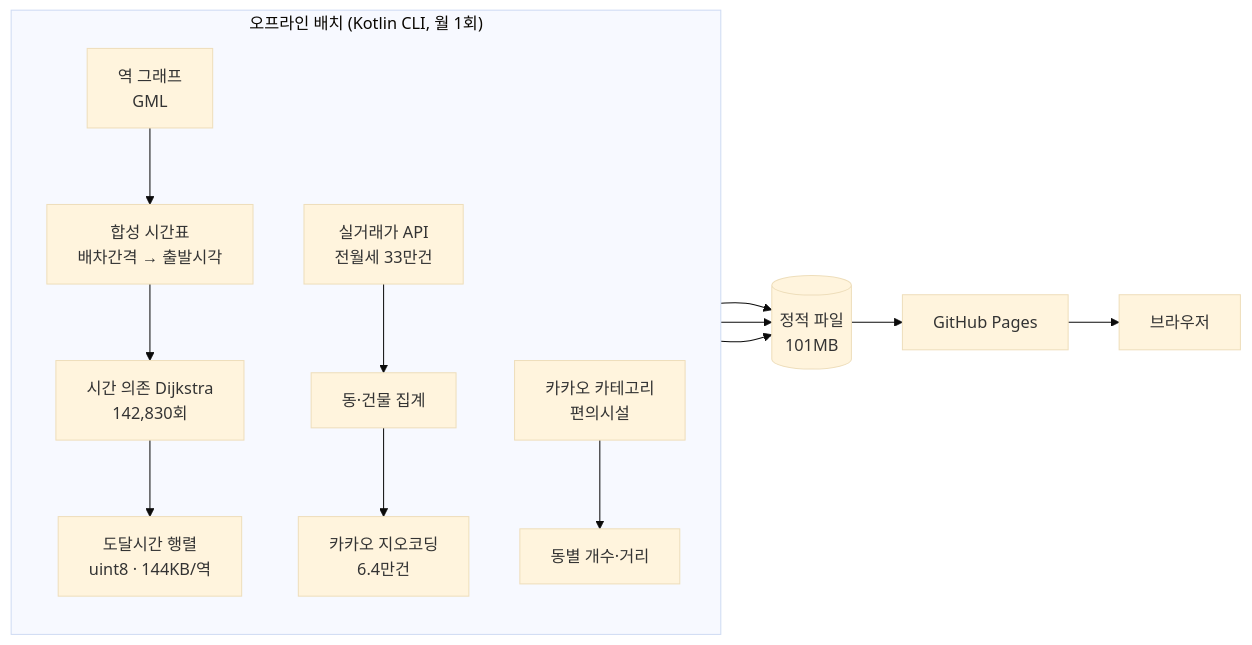
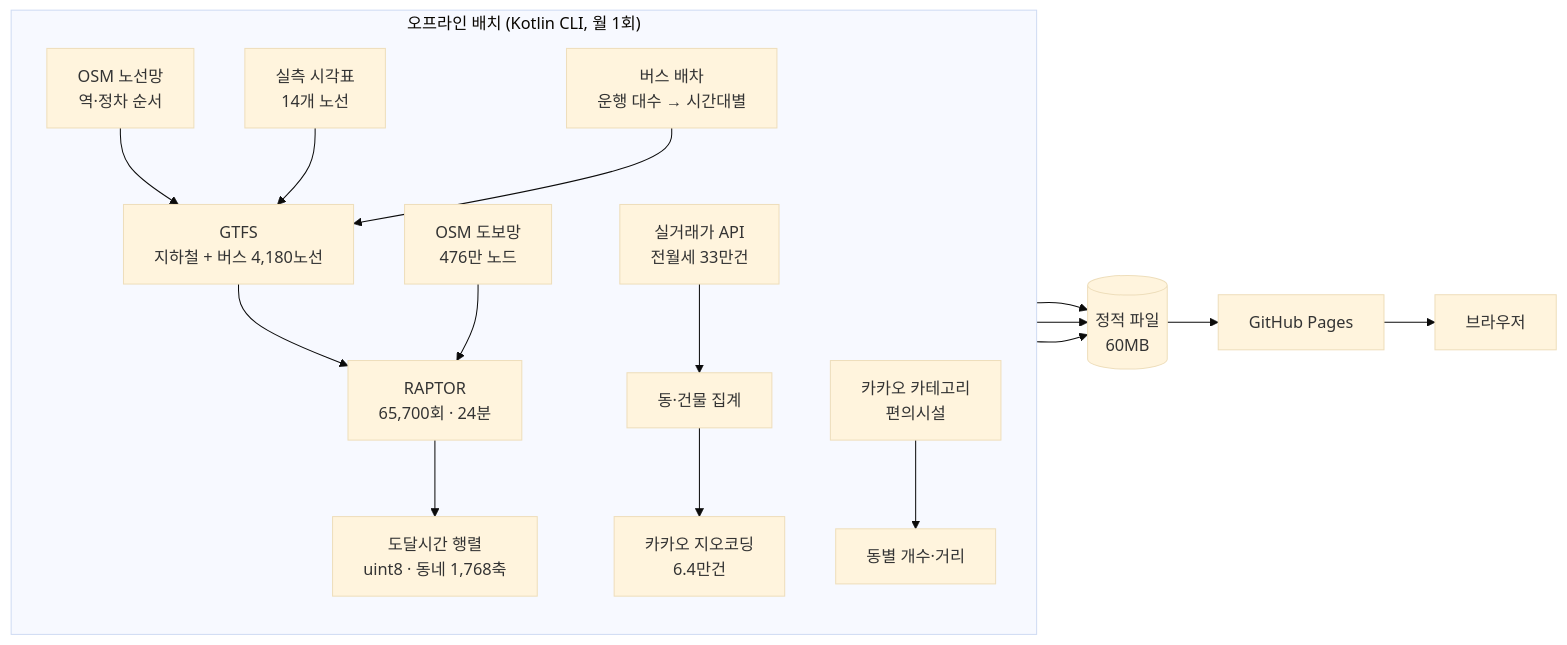
One commit to klaus9267/chulsegwon changed the diagram in README.md. Above: the diagram before and after it, drawn with Mermaid (base theme). The commit also changed other lines of this file and 11 other files, not shown here.

````diff
--- a/README.md
+++ b/README.md
@@ -55,17 +60,20 @@
 ```mermaid
 flowchart LR
   subgraph OFF["오프라인 배치 (Kotlin CLI, 월 1회)"]
     direction TB
-    A1["역 그래프<br/>GML"] --> A2["합성 시간표<br/>배차간격 → 출발시각"]
-    A2 --> A3["시간 의존 Dijkstra<br/>142,830회"]
-    A3 --> A4["도달시간 행렬<br/>uint8 · 144KB/역"]
+    A0["OSM 노선망<br/>역·정차 순서"] --> A2
+    A1["실측 시각표<br/>14개 노선"] --> A2["GTFS<br/>지하철 + 버스 4,180노선"]
+    A9["버스 배차<br/>운행 대수 → 시간대별"] --> A2
+    A2 --> A3["RAPTOR<br/>65,700회 · 24분"]
+    W1["OSM 도보망<br/>476만 노드"] --> A3
+    A3 --> A4["도달시간 행렬<br/>uint8 · 동네 1,768축"]
     B1["실거래가 API<br/>전월세 33만건"] --> B2["동·건물 집계"]
     B2 --> B3["카카오 지오코딩<br/>6.4만건"]
     C1["카카오 카테고리<br/>편의시설"] --> C2["동별 개수·거리"]
   end
-  A4 --> D[("정적 파일<br/>101MB")]
+  A4 --> D[("정적 파일<br/>60MB")]
   B3 --> D
   C2 --> D
   D --> E["GitHub Pages"]
   E --> F["브라우저"]
 ```
````
